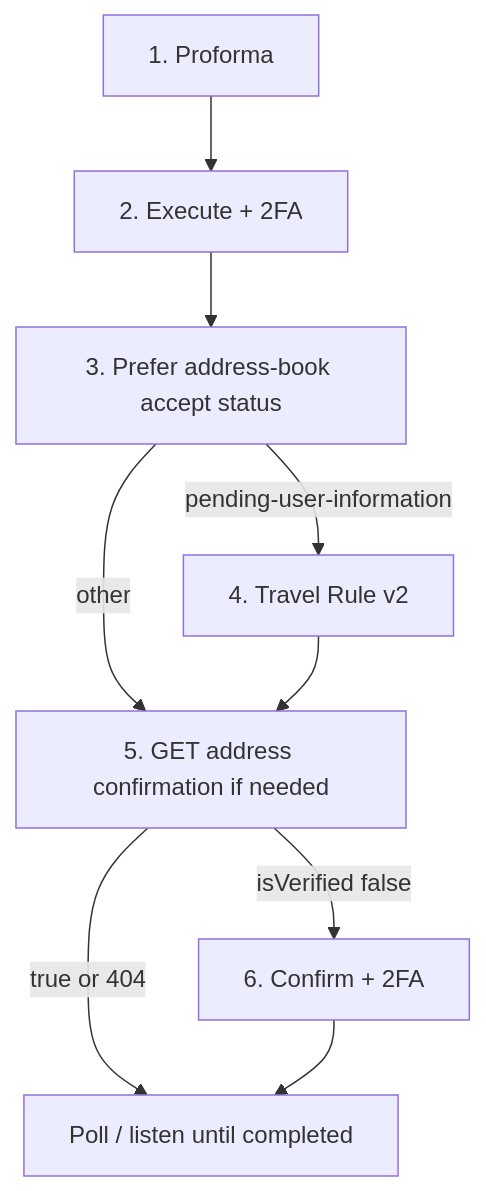
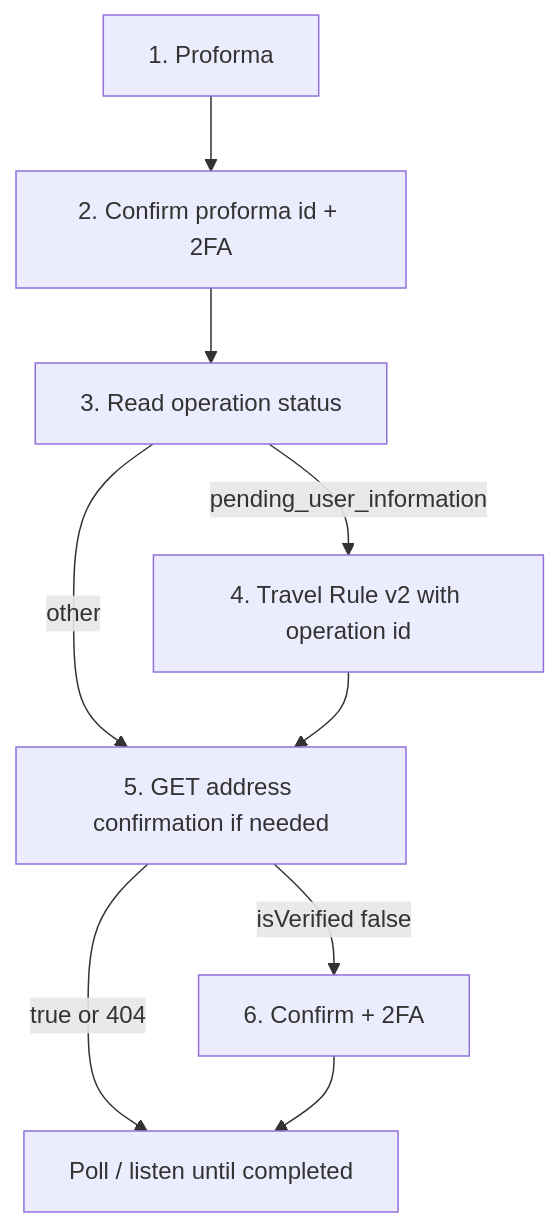
One commit to api-commits/docs changed the diagram in partner/withdrawals-wallet.mdx. Above: the diagram before and after it, drawn with Mermaid. The commit also changed other lines of this file and 6 other files, not shown here.

````diff
--- a/partner/withdrawals-wallet.mdx
+++ b/partner/withdrawals-wallet.mdx
@@ -21,11 +21,11 @@
 ```mermaid
 flowchart TD
-  A[1. Proforma] --> B[2. Execute + 2FA]
-  B --> C[3. Prefer address-book accept status]
-  C -->|pending-user-information| D[4. Travel Rule v2]
+  A[1. Proforma] --> B[2. Confirm proforma id + 2FA]
+  B --> C[3. Read operation status]
+  C -->|pending_user_information| D[4. Travel Rule v2 with operation id]
   C -->|other| E[5. GET address confirmation if needed]
   D --> E
   E -->|isVerified false| F[6. Confirm + 2FA]
   E -->|true or 404| G[Poll / listen until completed]
   F --> G
 ```
````
